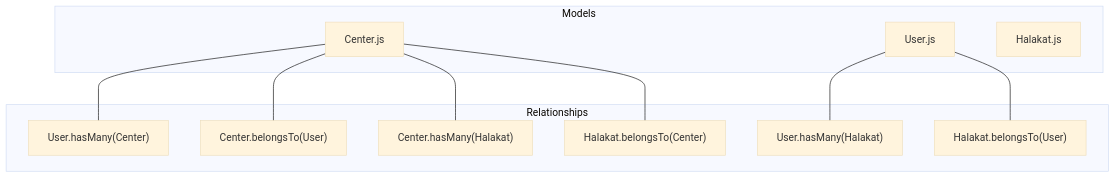
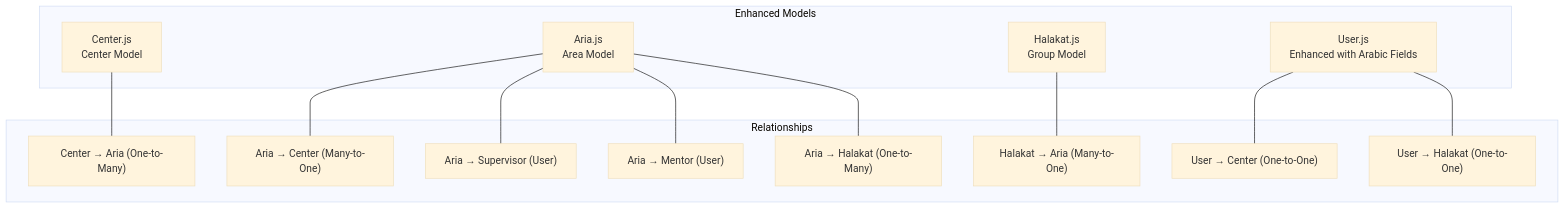
The first of 6 diagrams in .qoder/repowiki/en/content/Database Design/Center Model.md (Mreng78/khirocom_project), drawn with Mermaid (base theme) before and after one commit. The commit also changed other lines of this file and 13 other files, not shown here.

````diff
--- a/.qoder/repowiki/en/content/Database Design/Center Model.md
+++ b/.qoder/repowiki/en/content/Database Design/Center Model.md
@@ -36,22 +49,27 @@
 ```mermaid
 graph TB
-subgraph "Models"
-Center["Center.js"]
-User["User.js"]
-Halakat["Halakat.js"]
+subgraph "Enhanced Models"
+Center["Center.js<br/>Center Model"]
+Aria["Aria.js<br/>Area Model"]
+User["User.js<br/>Enhanced with Arabic Fields"]
+Halakat["Halakat.js<br/>Group Model"]
 end
 subgraph "Relationships"
-Rel1["User.hasMany(Center)"]
-Rel2["Center.belongsTo(User)"]
-Rel3["User.hasMany(Halakat)"]
-Rel4["Halakat.belongsTo(User)"]
-Rel5["Center.hasMany(Halakat)"]
-Rel6["Halakat.belongsTo(Center)"]
+Rel1["Center → Aria (One-to-Many)"]
+Rel2["Aria → Center (Many-to-One)"]
+Rel3["Aria → Supervisor (User)"]
+Rel4["Aria → Mentor (User)"]
+Rel5["Aria → Halakat (One-to-Many)"]
+Rel6["Halakat → Aria (Many-to-One)"]
+Rel7["User → Center (One-to-One)"]
+Rel8["User → Halakat (One-to-One)"]
 end
 Center --- Rel1
-Center --- Rel2
-User --- Rel3
-User --- Rel4
-Center --- Rel5
-Center --- Rel6
+Aria --- Rel2
+Aria --- Rel3
+Aria --- Rel4
+Aria --- Rel5
+Halakat --- Rel6
+User --- Rel7
+User --- Rel8
 ```
````
